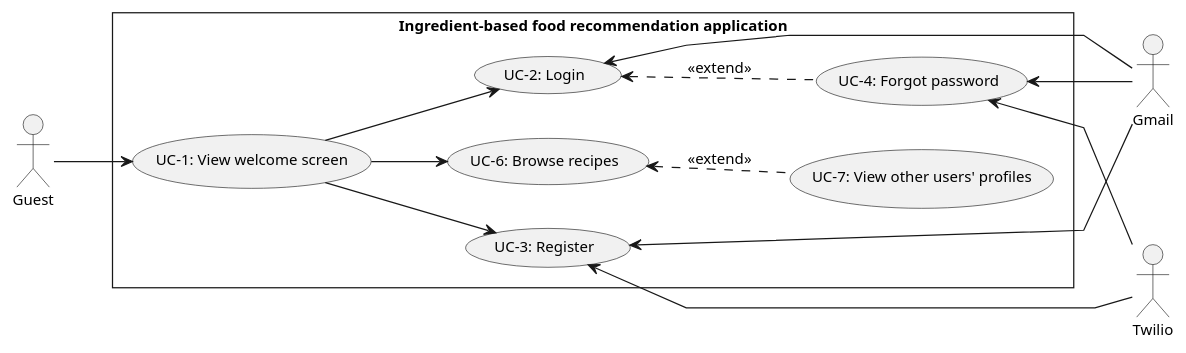
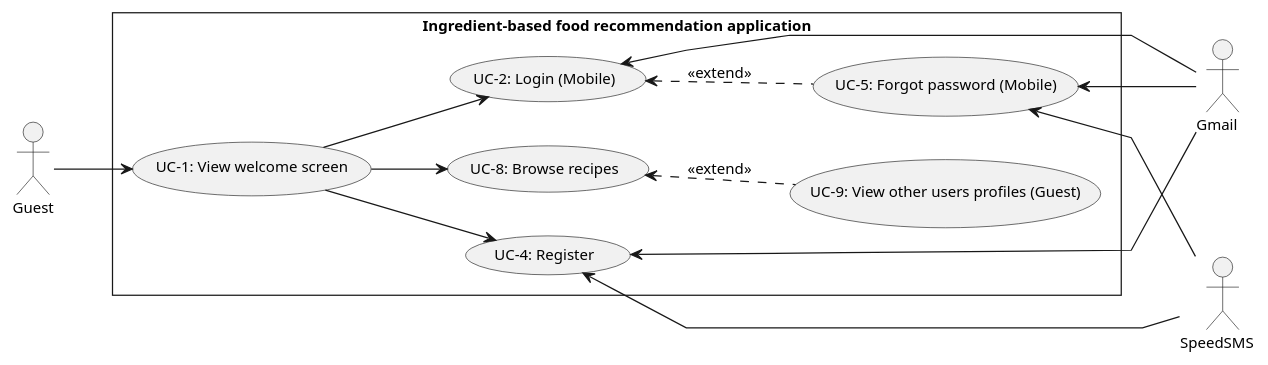
Before and after one commit to Carl-Johnsons/tastopia: the diagram in doc/SRS/Usecase/GuestUsecase/GuestUsecase.plantuml, drawn with PlantUML. The commit also changed 5 other files, not shown here.

Commit message:
doc: update use case diagrams

```diff
--- a/doc/SRS/Usecase/GuestUsecase/GuestUsecase.plantuml
+++ b/doc/SRS/Usecase/GuestUsecase/GuestUsecase.plantuml
@@ -1,32 +1,32 @@
 @startuml GuestUsecase
 skinparam style strictuml
 skinparam monochrome true
 skinparam linetype polyline
 skinparam defaultFontSize 12
 left to right direction
 actor "Guest" as guest
-actor "Gmail" as gmail
-actor "Twilio"as twilio
+actor "Gmail   " as gmail
+actor "SpeedSMS   "as SpeedSMS
 
 rectangle Ingredient-based<U+0020>food<U+0020>recommendation<U+0020>application {
     usecase "UC-1: View welcome screen" as ucViewWelcome
-    usecase "UC-2: Login" as ucLogin
-    usecase "UC-3: Register" as ucRegister
-    usecase "UC-4: Forgot password" as ucForgotPassword
-    usecase "UC-6: Browse recipes" as ucBrowseRecipes
-    usecase "UC-7: View other users' profiles" as ucViewUSProfile
+    usecase "UC-2: Login (Mobile)" as ucLogin
+    usecase "UC-4: Register" as ucRegister
+    usecase "UC-5: Forgot password (Mobile)" as ucForgotPassword
+    usecase "UC-8: Browse recipes" as ucBrowseRecipes
+    usecase "UC-9: View other users profiles (Guest)" as ucViewUSProfile
 }
 
 guest --> ucViewWelcome
     ucViewWelcome --> ucLogin
         ucLogin <.. ucForgotPassword : <<extend>>
     ucViewWelcome --> ucRegister
     ucViewWelcome --> ucBrowseRecipes
         ucBrowseRecipes <.. ucViewUSProfile : <<extend>>
 
 gmail -up-> ucLogin
-twilio -up-> ucForgotPassword
+SpeedSMS -up-> ucForgotPassword
 gmail -up-> ucForgotPassword
-twilio -up-> ucRegister
+SpeedSMS -up-> ucRegister
 gmail -up-> ucRegister
 @enduml
```
